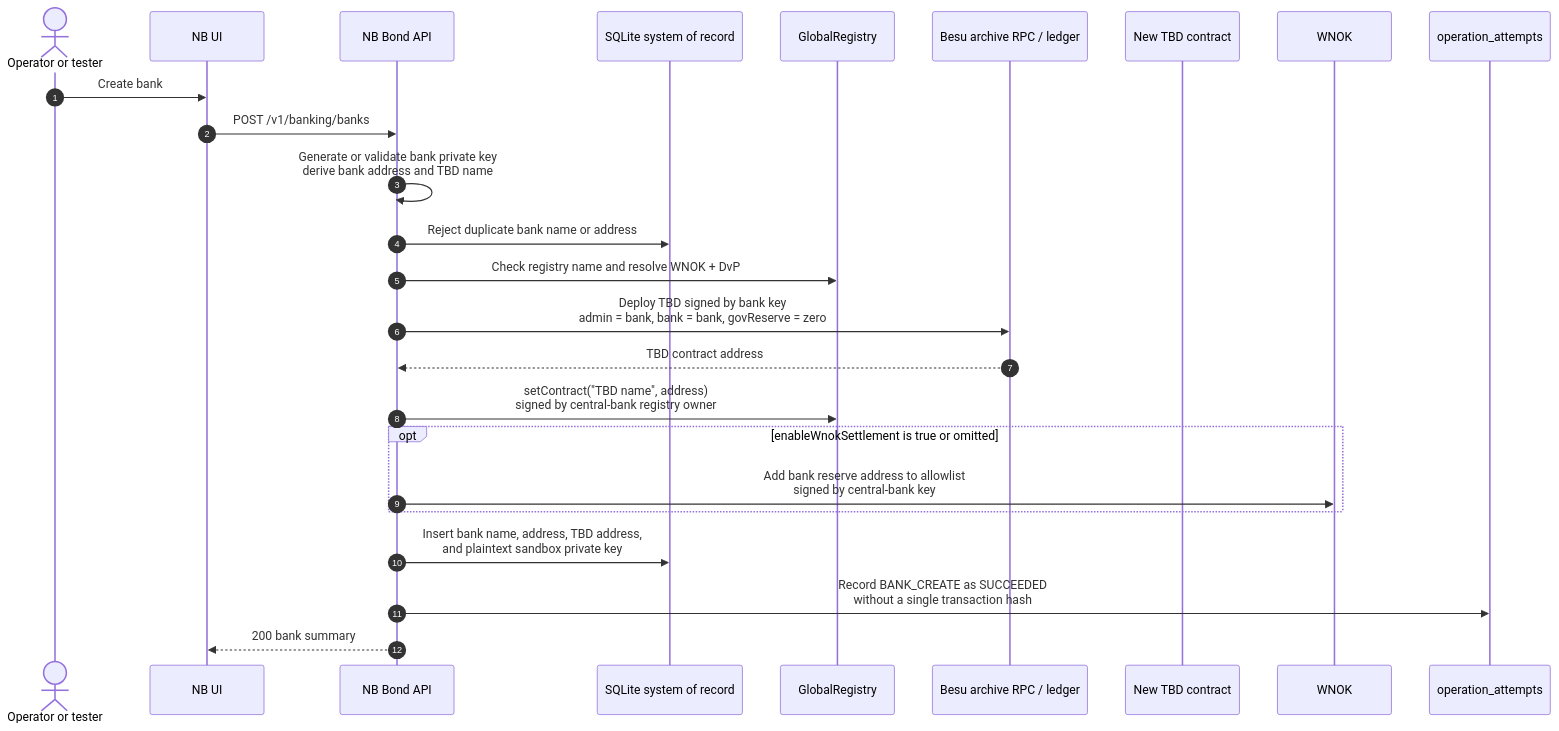
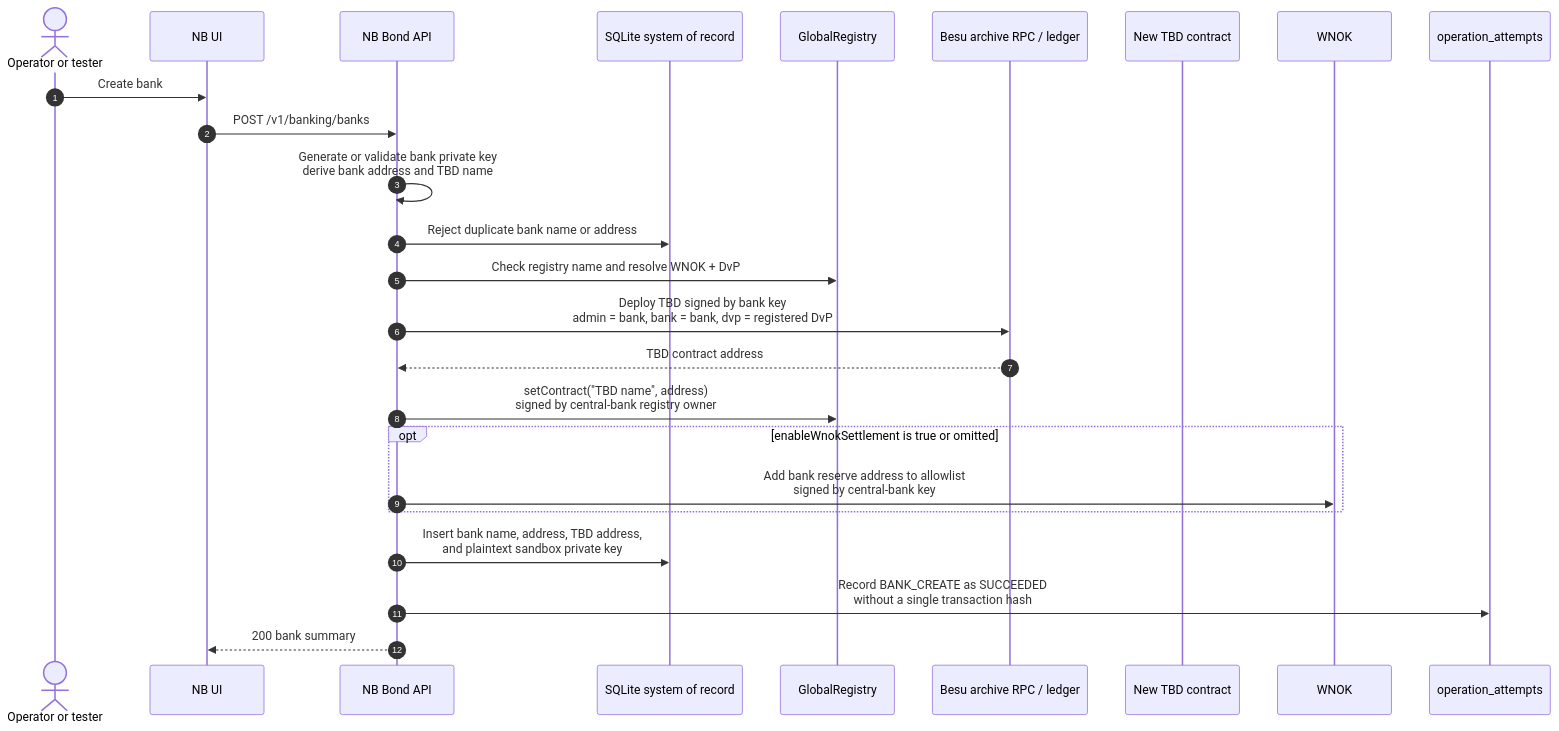
The diagram in docs/diagrams/processes/bank-creation-sequence.md (Norges-Bank-CBDC-Lab/cbdc-tokenization-sandbox), drawn with Mermaid before and after one commit. The commit also changed 30 other files, not shown here.

````diff
--- a/docs/diagrams/processes/bank-creation-sequence.md
+++ b/docs/diagrams/processes/bank-creation-sequence.md
@@ -7,31 +7,31 @@
 ```mermaid
 sequenceDiagram
     autonumber
     actor User as Operator or tester
     participant UI as NB UI
     participant API as NB Bond API
     participant DB as SQLite system of record
     participant Registry as GlobalRegistry
     participant Chain as Besu archive RPC / ledger
     participant TBD as New TBD contract
     participant WNOK as WNOK
     participant Audit as operation_attempts
 
     User->>UI: Create bank
     UI->>API: POST /v1/banking/banks
     API->>API: Generate or validate bank private key<br/>derive bank address and TBD name
     API->>DB: Reject duplicate bank name or address
     API->>Registry: Check registry name and resolve WNOK + DvP
 
-    API->>Chain: Deploy TBD signed by bank key<br/>admin = bank, bank = bank, govReserve = zero
+    API->>Chain: Deploy TBD signed by bank key<br/>admin = bank, bank = bank, dvp = registered DvP
     Chain-->>API: TBD contract address
     API->>Registry: setContract("TBD name", address)<br/>signed by central-bank registry owner
 
     opt enableWnokSettlement is true or omitted
         API->>WNOK: Add bank reserve address to allowlist<br/>signed by central-bank key
     end
 
     API->>DB: Insert bank name, address, TBD address,<br/>and plaintext sandbox private key
     API->>Audit: Record BANK_CREATE as SUCCEEDED<br/>without a single transaction hash
     API-->>UI: 200 bank summary
 ```
````
